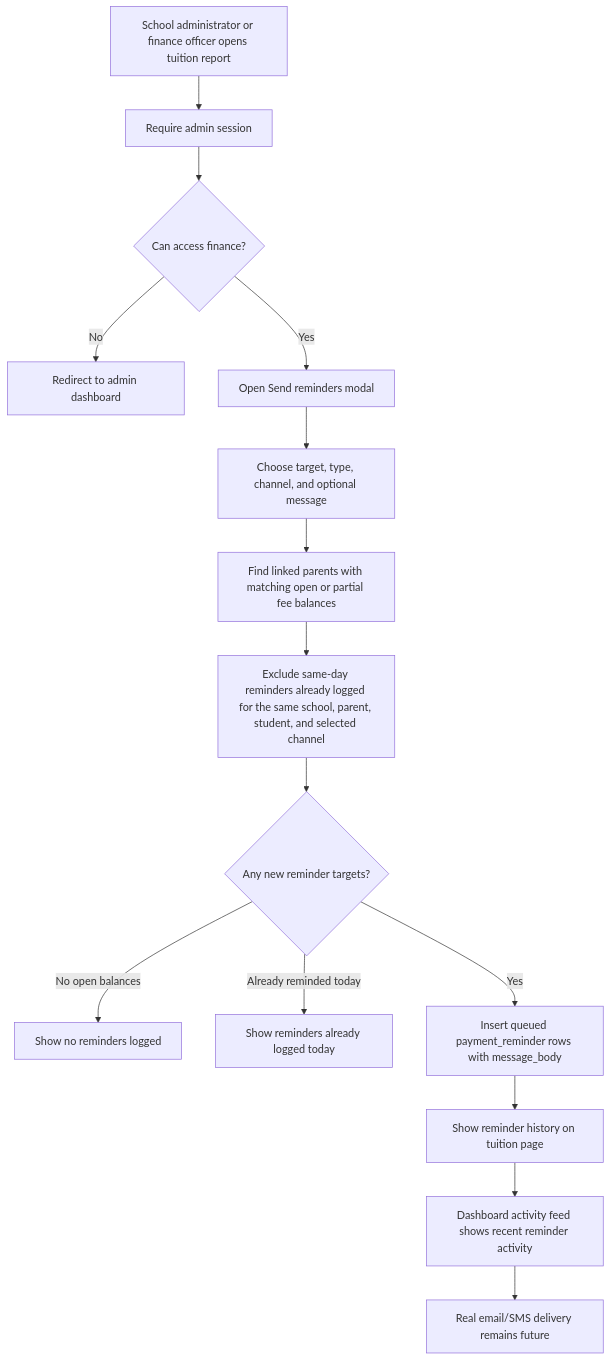
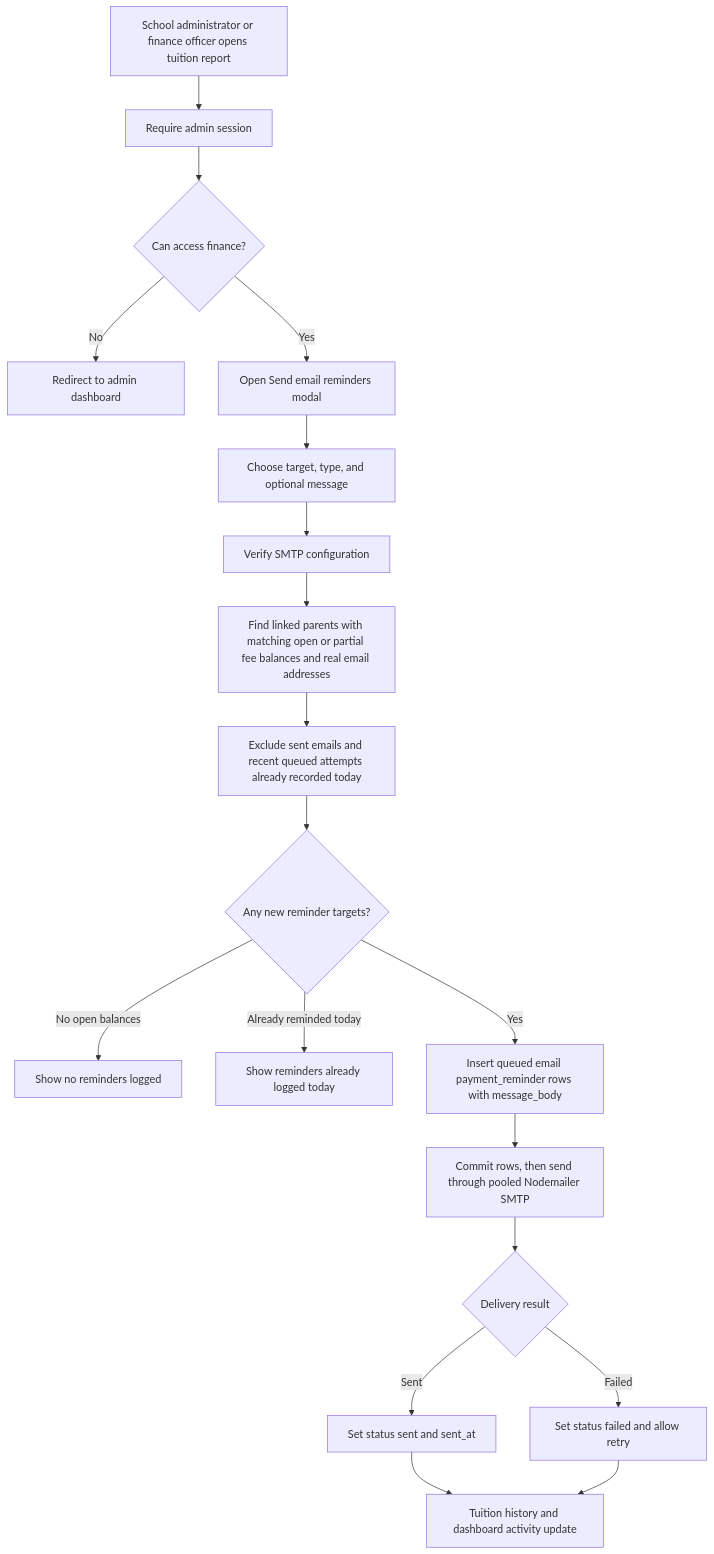
Before and after one commit to Xeyn19/xmetapay: diagram 20 of 21 in docs/PROJECT_FLOWCHARTS.md, drawn with Mermaid. The commit also changed other lines of this file and 17 other files, not shown here.

````diff
--- a/docs/PROJECT_FLOWCHARTS.md
+++ b/docs/PROJECT_FLOWCHARTS.md
@@ -696,17 +696,21 @@
 ```mermaid
 flowchart TD
   A["School administrator or finance officer opens tuition report"] --> B["Require admin session"]
   B --> C{"Can access finance?"}
   C -->|No| D["Redirect to admin dashboard"]
-  C -->|Yes| E["Open Send reminders modal"]
-  E --> E2["Choose target, type, channel, and optional message"]
-  E2 --> F["Find linked parents with matching open or partial fee balances"]
-  F --> G["Exclude same-day reminders already logged for the same school, parent, student, and selected channel"]
-  G --> H{"Any new reminder targets?"}
+  C -->|Yes| E["Open Send email reminders modal"]
+  E --> E2["Choose target, type, and optional message"]
+  E2 --> F["Verify SMTP configuration"]
+  F --> G["Find linked parents with matching open or partial fee balances and real email addresses"]
+  G --> G2["Exclude sent emails and recent queued attempts already recorded today"]
+  G2 --> H{"Any new reminder targets?"}
   H -->|No open balances| I["Show no reminders logged"]
   H -->|Already reminded today| J["Show reminders already logged today"]
-  H -->|Yes| K["Insert queued payment_reminder rows with message_body"]
-  K --> L["Show reminder history on tuition page"]
-  L --> M["Dashboard activity feed shows recent reminder activity"]
-  M --> N["Real email/SMS delivery remains future"]
+  H -->|Yes| K["Insert queued email payment_reminder rows with message_body"]
+  K --> L["Commit rows, then send through pooled Nodemailer SMTP"]
+  L --> M{"Delivery result"}
+  M -->|Sent| N["Set status sent and sent_at"]
+  M -->|Failed| O["Set status failed and allow retry"]
+  N --> P["Tuition history and dashboard activity update"]
+  O --> P
 ```
````
